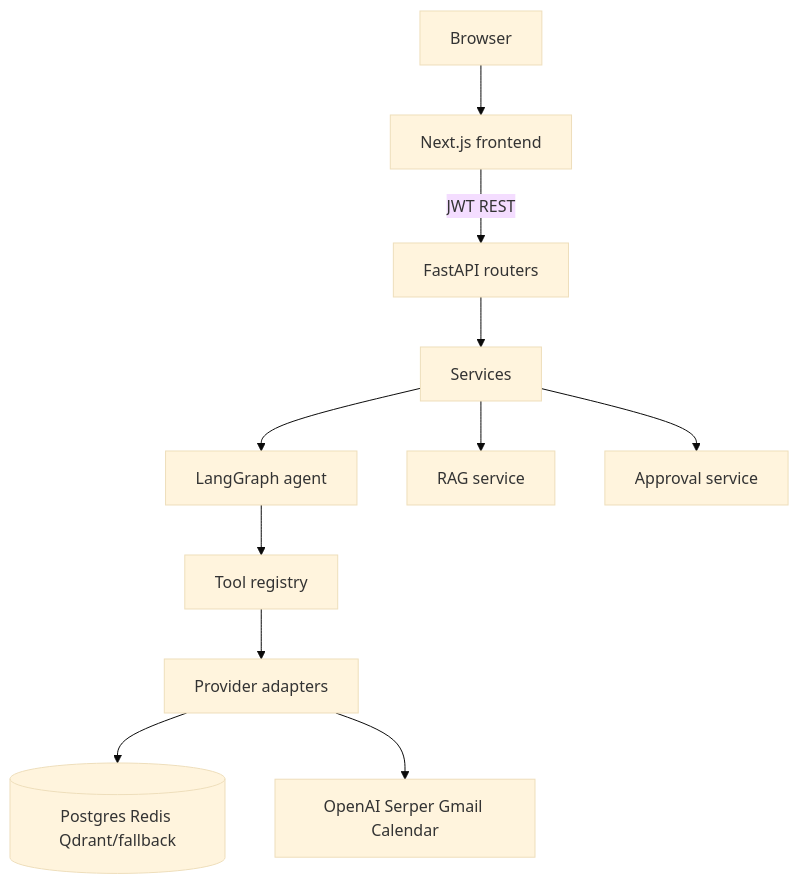
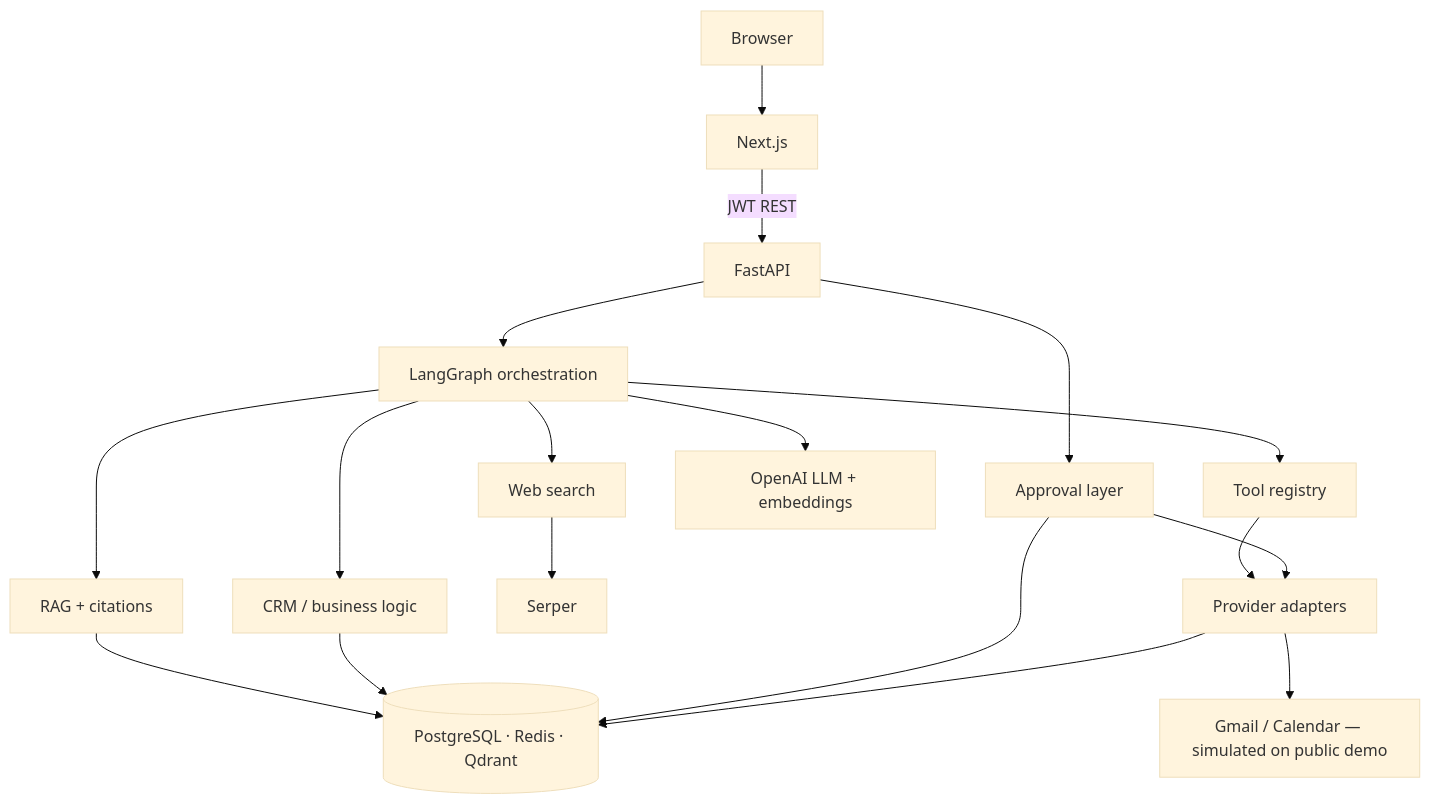
One commit to Fejjii/OnePilot-AI changed the second of 2 diagrams in README.md. Above: the diagram before and after it, drawn with Mermaid (base theme). The commit also changed other lines of this file and 1 other file, not shown here.

````diff
--- a/README.md
+++ b/README.md
@@ -33,13 +78,23 @@
 ```mermaid
 flowchart TB
-    User[Browser] --> FE[Next.js frontend]
-    FE -->|JWT REST| API[FastAPI routers]
-    API --> Services[Services]
-    Services --> Agent[LangGraph agent]
-    Services --> RAG[RAG service]
-    Services --> HITL[Approval service]
-    Agent --> Tools[Tool registry]
-    Tools --> Providers[Provider adapters]
-    Providers --> Data[(Postgres Redis Qdrant/fallback)]
-    Providers --> Ext[OpenAI Serper Gmail Calendar]
+    Browser["Browser"] --> FE["Next.js"]
+    FE -->|"JWT REST"| API["FastAPI"]
+    API --> Agent["LangGraph orchestration"]
+    API --> HITL["Approval layer"]
+
+    Agent --> RAG["RAG + citations"]
+    Agent --> CRM["CRM / business logic"]
+    Agent --> Web["Web search"]
+    Agent --> Tools["Tool registry"]
+
+    RAG --> Data[("PostgreSQL · Redis · Qdrant")]
+    CRM --> Data
+    HITL --> Data
+
+    Agent --> OpenAI["OpenAI LLM + embeddings"]
+    Web --> Serper["Serper"]
+    Tools --> Adapters["Provider adapters"]
+    HITL --> Adapters
+    Adapters --> Mock["Gmail / Calendar — simulated on public demo"]
+    Adapters --> Data
 ```
````
